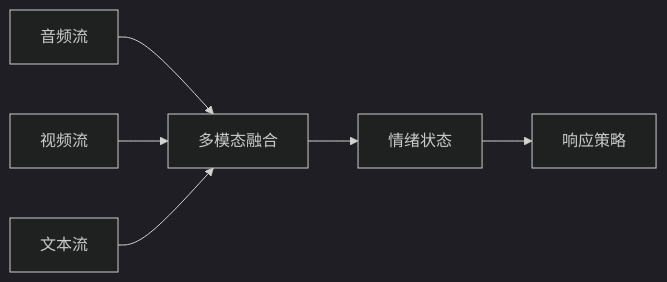
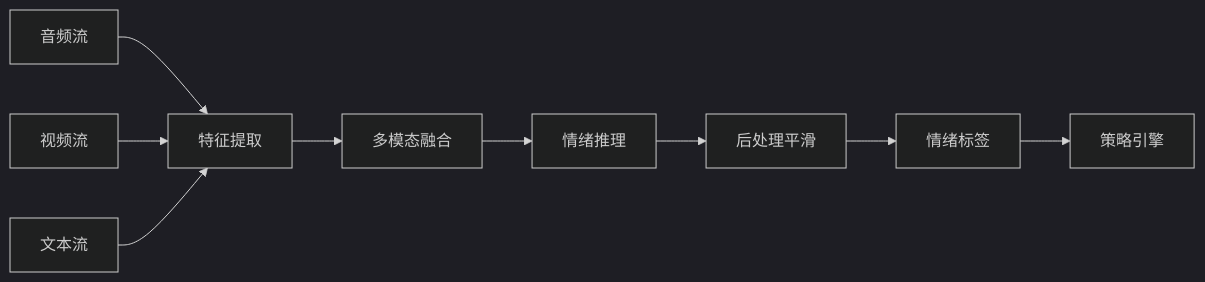
One commit to kudig-io/kudig-database changed the second of 3 diagrams in topic-application-architecture/75-affective-computing.md. Above: the diagram before and after it, drawn with Mermaid (dark theme). The commit also changed other lines of this file and 8633 other files, not shown here.

````diff
--- a/topic-application-architecture/75-affective-computing.md
+++ b/topic-application-architecture/75-affective-computing.md
@@ -137,8 +168,11 @@
 ```mermaid
 flowchart LR
-    A[音频流] --> E[多模态融合]
-    B[视频流] --> E
-    C[文本流] --> E
-    E --> D[情绪状态]
-    D --> F[响应策略]
+    A[音频流] --> D[特征提取]
+    B[视频流] --> D
+    C[文本流] --> D
+    D --> E[多模态融合]
+    E --> F[情绪推理]
+    F --> G[后处理平滑]
+    G --> H[情绪标签]
+    H --> I[策略引擎]
 ```
````
